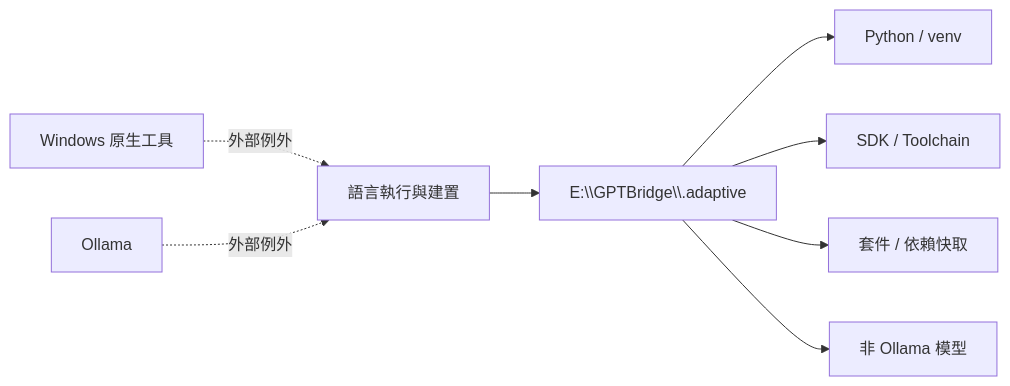
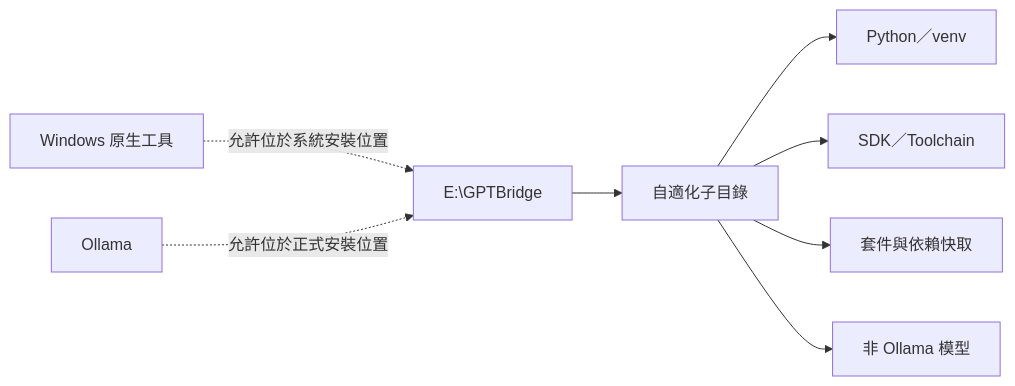
Before and after one commit to guilty442-source/GPTBridge: the second of 2 diagrams in governance_rule/codex/architecture-languages.md, drawn with Mermaid. The commit also changed other lines of this file and 13 other files, not shown here.

````diff
--- a/governance_rule/codex/architecture-languages.md
+++ b/governance_rule/codex/architecture-languages.md
@@ -32,10 +40,11 @@
 ```mermaid
 flowchart LR
-  LANG[語言執行與建置] --> ADAPT["E:\\GPTBridge\\.adaptive"]
-  ADAPT --> PYENV[Python / venv]
-  ADAPT --> SDK[SDK / Toolchain]
-  ADAPT --> DEP[套件 / 依賴快取]
+  ROOT[E:\GPTBridge]
+  ROOT --> ADAPT[自適化子目錄]
+  ADAPT --> PYENV[Python／venv]
+  ADAPT --> SDK[SDK／Toolchain]
+  ADAPT --> DEP[套件與依賴快取]
   ADAPT --> MODEL[非 Ollama 模型]
-  WIN[Windows 原生工具] -. 外部例外 .-> LANG
-  OLLAMA[Ollama] -. 外部例外 .-> LANG
+  WIN[Windows 原生工具] -. 允許位於系統安裝位置 .-> ROOT
+  OLLAMA[Ollama] -. 允許位於正式安裝位置 .-> ROOT
 ```
````
